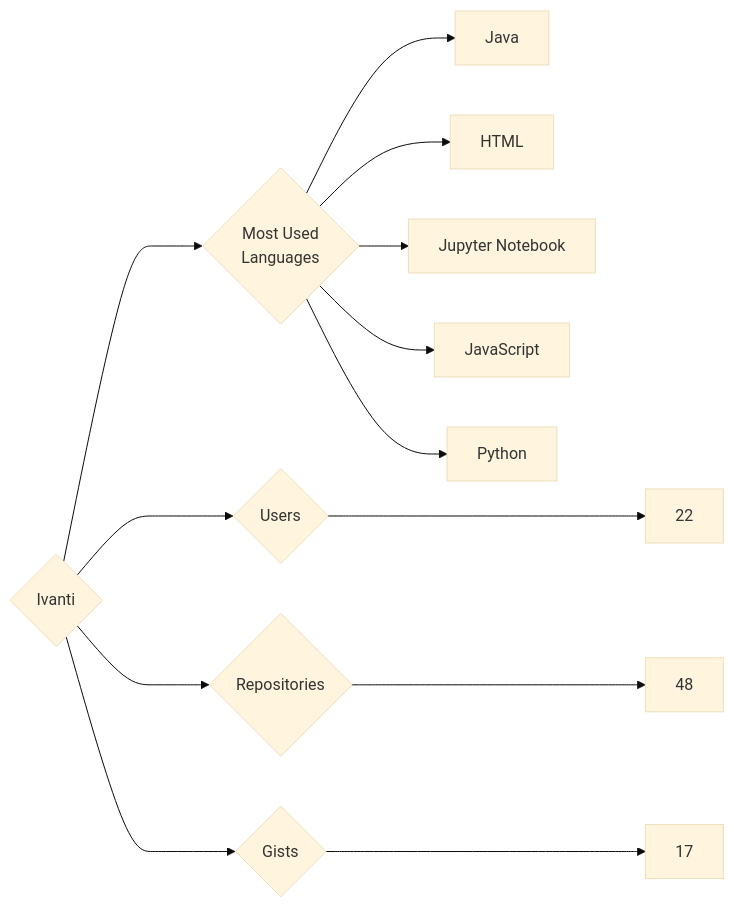
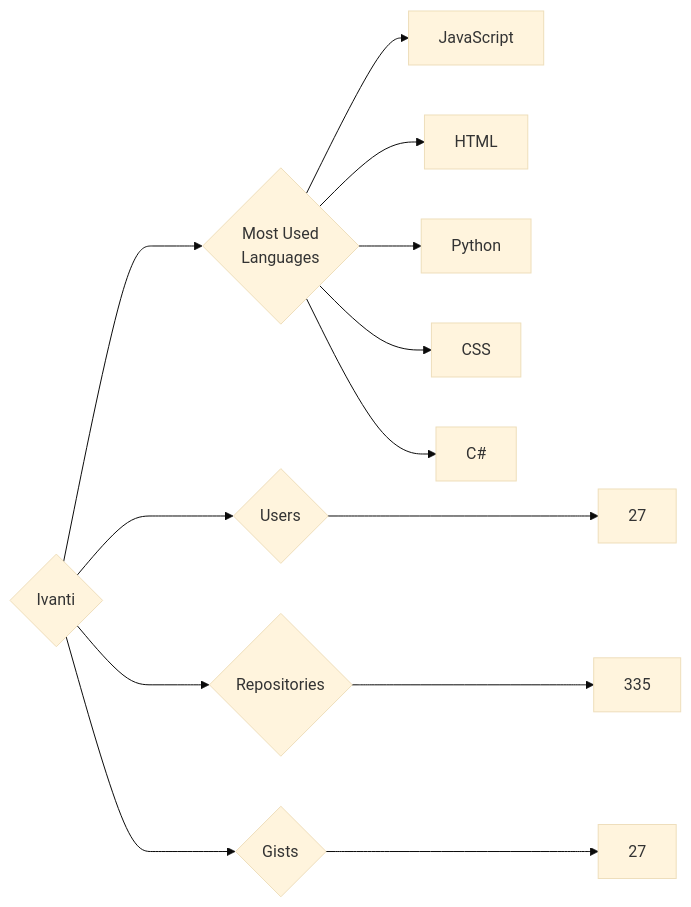
The diagram in targets/Ivanti/README.md (trickest/insiders), drawn with Mermaid (base theme) before and after one commit. The commit also changed 951 other files, not shown here.

````diff
--- a/targets/Ivanti/README.md
+++ b/targets/Ivanti/README.md
@@ -3,13 +3,13 @@
 ```mermaid
 graph LR
 COMPANY_NAME{Ivanti}
-COMPANY_NAME ---> U{Users} ---> UN[22]
-COMPANY_NAME ---> R{Repositories} ---> RN[48]
-COMPANY_NAME ---> G{Gists} ---> GN[17]
+COMPANY_NAME ---> U{Users} ---> UN[27]
+COMPANY_NAME ---> R{Repositories} ---> RN[335]
+COMPANY_NAME ---> G{Gists} ---> GN[27]
 COMPANY_NAME ---> ML{Most Used<br>Languages}
-ML --> Java[Java]
+ML --> JavaScript[JavaScript]
 ML --> HTML[HTML]
-ML --> Jupyter_Notebook[Jupyter Notebook]
-ML --> JavaScript[JavaScript]
 ML --> Python[Python]
+ML --> CSS[CSS]
+ML --> C#[C#]
 ```
````
